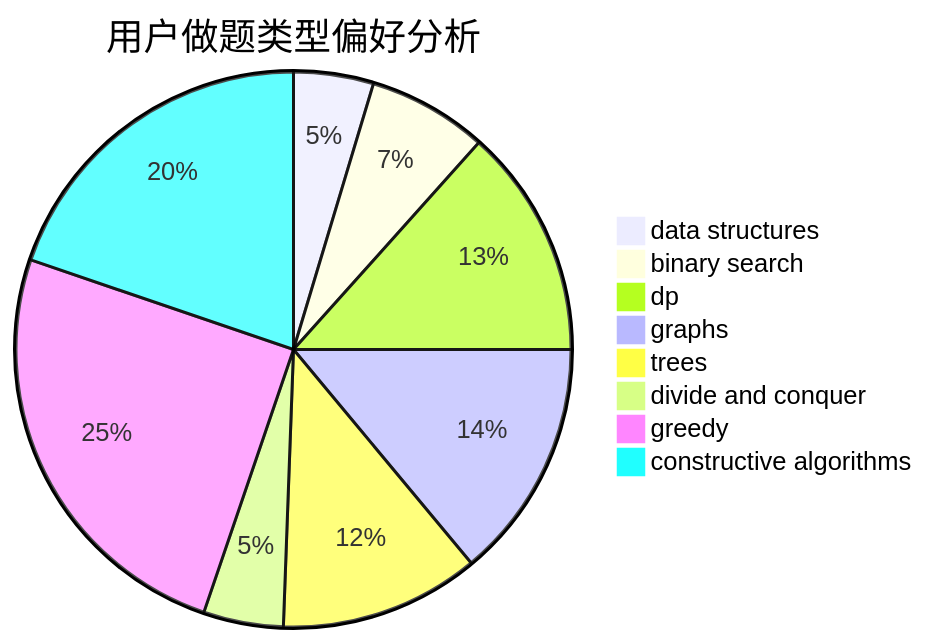
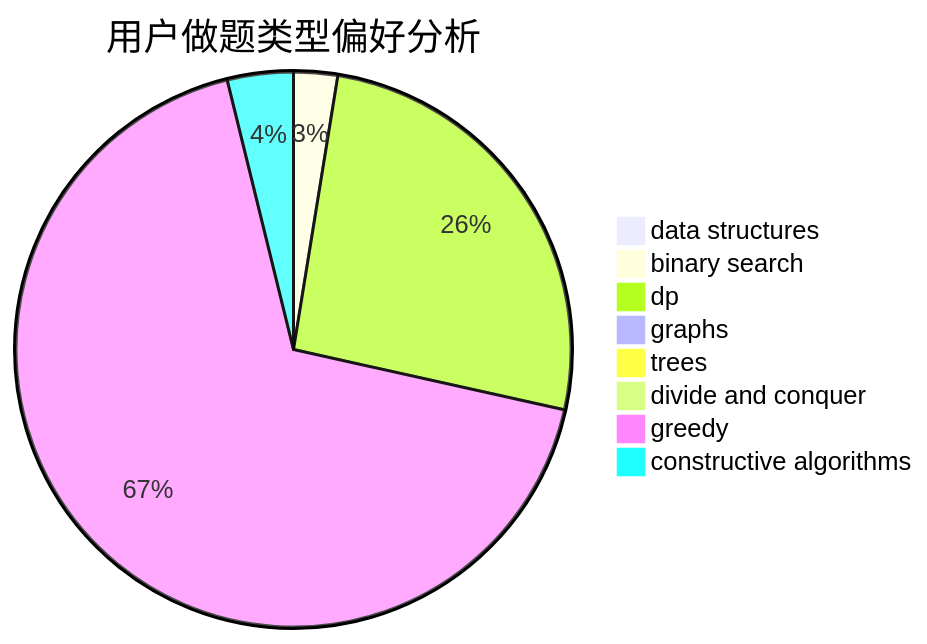
One commit to sherpahu/cfrs.github.io changed the second of 3 diagrams in docs/user/u210.md. Above: the diagram before and after it, drawn with Mermaid. The commit also changed other lines of this file and 2770 other files, not shown here.

````diff
--- a/docs/user/u210.md
+++ b/docs/user/u210.md
@@ -23,11 +23,11 @@
 ```mermaid
 pie title 用户做题类型偏好分析
-    "data structures" :  8
-    "binary search" :  12
-    "dp" :  23
-    "graphs" :  24
-    "trees" :  20
-    "divide and conquer" :  8
-    "greedy" :  43
-    "constructive algorithms" :  34
+    "data structures" :  3
+    "binary search" :  22
+    "dp" :  223
+    "graphs" :  4
+    "trees" :  0
+    "divide and conquer" :  0
+    "greedy" :  582
+    "constructive algorithms" :  33
 ```
````
